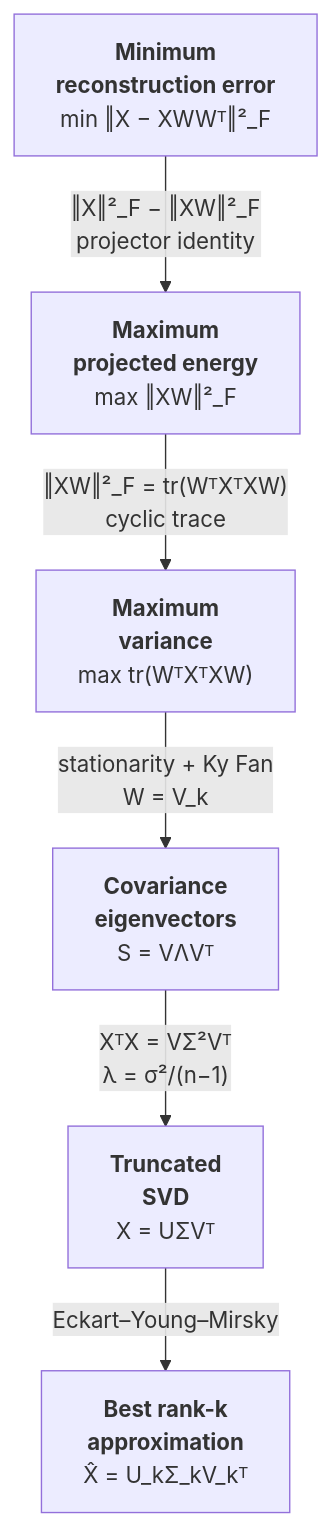
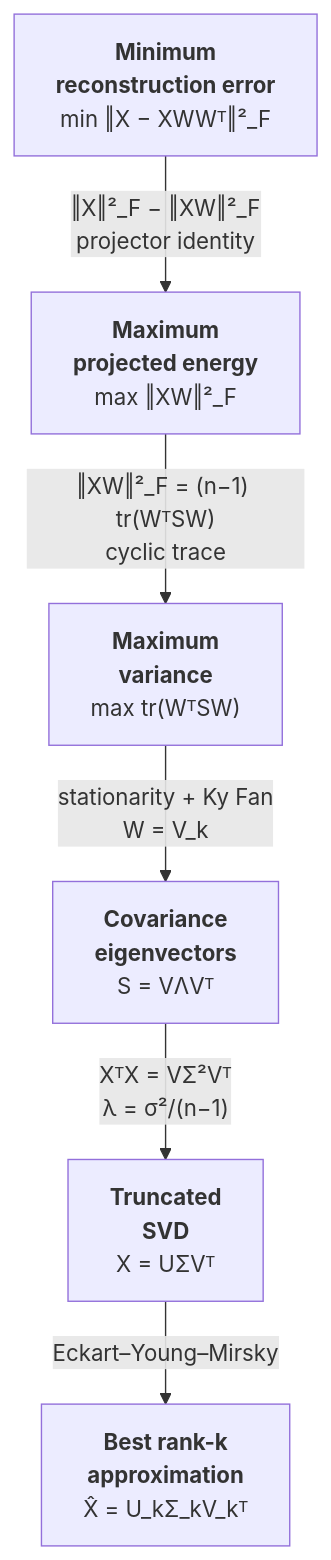
One commit to project-delphi/ml-blog changed the diagram in posts/six-views-of-pca/index.qmd. Above: the diagram before and after it, drawn with Mermaid. The commit also changed other lines of this file and 19 other files, not shown here.

````diff
--- a/posts/six-views-of-pca/index.qmd
+++ b/posts/six-views-of-pca/index.qmd
@@ -460,16 +185,16 @@
 ```{mermaid}
 %%| label: fig-map
-%%| fig-cap: "The six views and the identity joining each pair. Views 1 to 3 are one objective in three notations; views 5 and 6 are routes to its solution; view 4 is the same optimum read as a statement about matrices."
+%%| fig-cap: "The six views and their mathematical connections. Views 1 to 3 are one objective in three notations; views 5 and 6 are routes to its solution; view 4 is the same optimum read as a statement about matrices."
 flowchart TD
   R["<b>Minimum<br/>reconstruction error</b><br/>min ‖X − XWWᵀ‖²_F"]
   E["<b>Maximum<br/>projected energy</b><br/>max ‖XW‖²_F"]
-  V["<b>Maximum<br/>variance</b><br/>max tr(WᵀXᵀXW)"]
+  V["<b>Maximum<br/>variance</b><br/>max tr(WᵀSW)"]
   G["<b>Covariance<br/>eigenvectors</b><br/>S = VΛVᵀ"]
   D["<b>Truncated<br/>SVD</b><br/>X = UΣVᵀ"]
   L["<b>Best rank-k<br/>approximation</b><br/>X̂ = U_kΣ_kV_kᵀ"]
   R -->|"‖X‖²_F − ‖XW‖²_F<br/>projector identity"| E
-  E -->|"‖XW‖²_F = tr(WᵀXᵀXW)<br/>cyclic trace"| V
+  E -->|"‖XW‖²_F = (n−1) tr(WᵀSW)<br/>cyclic trace"| V
   V -->|"stationarity + Ky Fan<br/>W = V_k"| G
   G -->|"XᵀX = VΣ²Vᵀ<br/>λ = σ²/(n−1)"| D
   D -->|"Eckart–Young–Mirsky"| L
 ```
````
